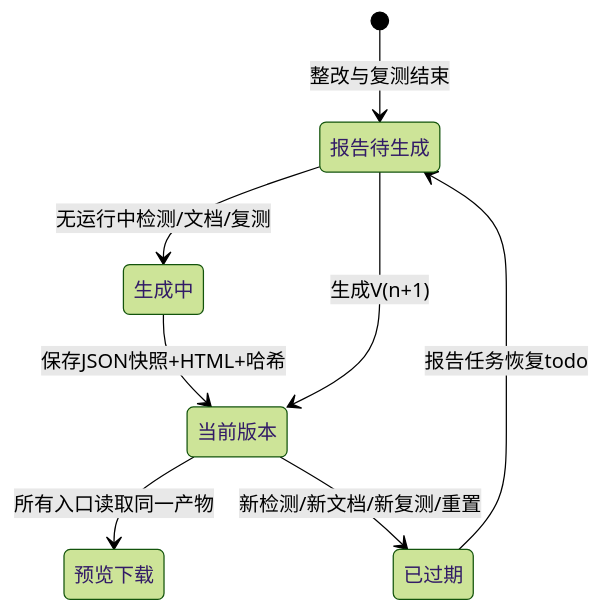
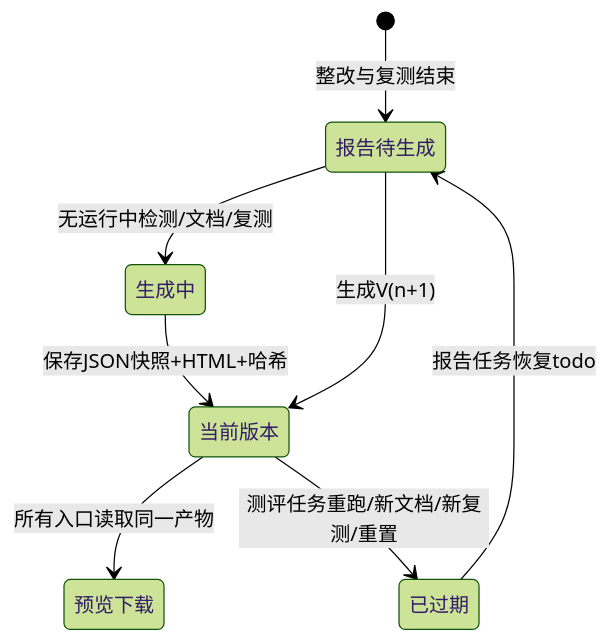
Before and after one commit to asxzsa558/CertiProof: the tenth of 11 diagrams in .opencode/plans/ARCHITECTURE.md, drawn with Mermaid (forest theme). The commit also changed other lines of this file and 22 other files, not shown here.

````diff
--- a/.opencode/plans/ARCHITECTURE.md
+++ b/.opencode/plans/ARCHITECTURE.md
@@ -924,10 +928,10 @@
 ```mermaid
 stateDiagram-v2
   [*] --> 报告待生成: 整改与复测结束
   报告待生成 --> 生成中: 无运行中检测/文档/复测
   生成中 --> 当前版本: 保存JSON快照+HTML+哈希
   当前版本 --> 预览下载: 所有入口读取同一产物
-  当前版本 --> 已过期: 新检测/新文档/新复测/重置
+  当前版本 --> 已过期: 测评任务重跑/新文档/新复测/重置
   已过期 --> 报告待生成: 报告任务恢复todo
   报告待生成 --> 当前版本: 生成V(n+1)
 ```
````
